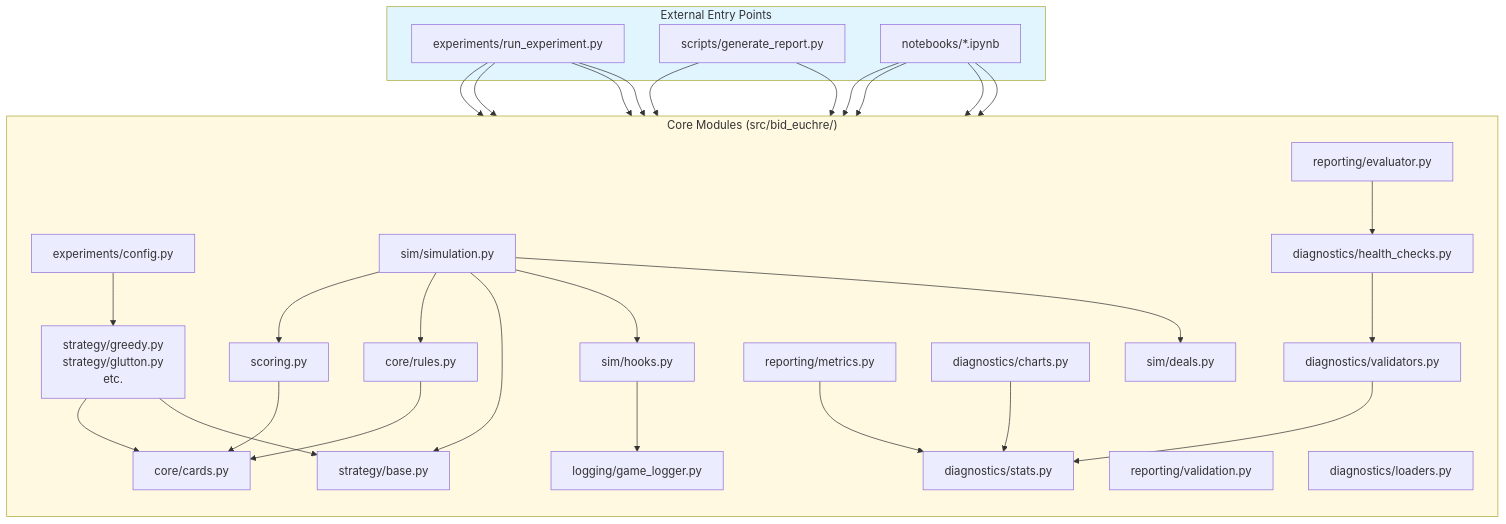
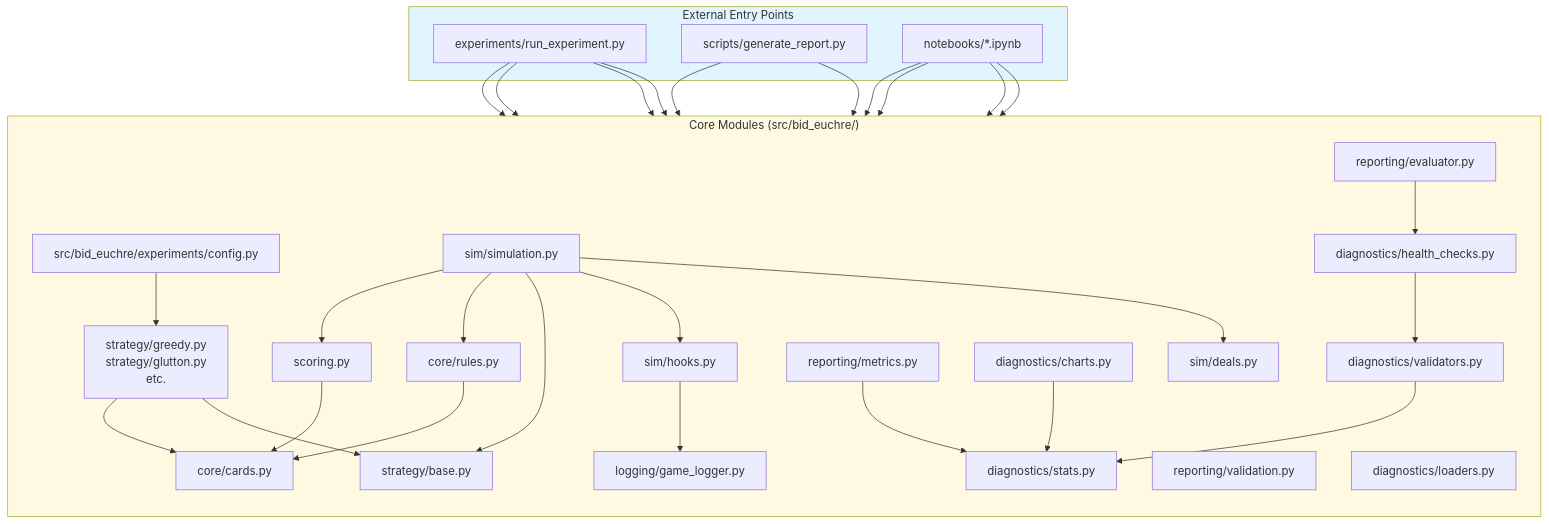
The fourth of 8 diagrams in docs/FLOW_DIAGRAM.md (Questuart/Bid-Euchre), drawn with Mermaid before and after one commit. The commit also changed 6 other files, not shown here.

````diff
--- a/docs/FLOW_DIAGRAM.md
+++ b/docs/FLOW_DIAGRAM.md
@@ -223,76 +223,76 @@
 ```mermaid
 flowchart TD
     subgraph External["External Entry Points"]
         RunExp["experiments/run_experiment.py"]
         GenReport["scripts/generate_report.py"]
         Notebooks["notebooks/*.ipynb"]
     end
 
     subgraph Core["Core Modules (src/bid_euchre/)"]
         direction TB
 
-        ExpConfig["experiments/config.py"]
+        ExpConfig["src/bid_euchre/experiments/config.py"]
 
         SimDeals["sim/deals.py"]
         SimEngine["sim/simulation.py"]
         SimHooks["sim/hooks.py"]
 
         CoreCards["core/cards.py"]
         CoreRules["core/rules.py"]
         Scoring["scoring.py"]
 
         StratBase["strategy/base.py"]
         StratImpl["strategy/greedy.py<br/>strategy/glutton.py<br/>etc."]
 
         Logger["logging/game_logger.py"]
 
         RepEvaluator["reporting/evaluator.py"]
         RepMetrics["reporting/metrics.py"]
         RepValidation["reporting/validation.py"]
 
         DiagLoaders["diagnostics/loaders.py"]
         DiagCharts["diagnostics/charts.py"]
         DiagStats["diagnostics/stats.py"]
         DiagHealth["diagnostics/health_checks.py"]
         DiagValidators["diagnostics/validators.py"]
     end
 
     RunExp --> ExpConfig
     RunExp --> SimEngine
     RunExp --> Logger
     RunExp --> RepEvaluator
 
     ExpConfig --> StratImpl
 
     SimEngine --> SimDeals
     SimEngine --> SimHooks
     SimEngine --> StratBase
     SimEngine --> CoreRules
     SimEngine --> Scoring
 
     CoreRules --> CoreCards
     Scoring --> CoreCards
 
     StratImpl --> StratBase
     StratImpl --> CoreCards
 
     SimHooks --> Logger
 
     GenReport --> RepEvaluator
     GenReport --> RepMetrics
 
     RepEvaluator --> DiagHealth
     RepMetrics --> DiagStats
 
     Notebooks --> DiagCharts
     Notebooks --> DiagStats
     Notebooks --> DiagHealth
     Notebooks --> DiagLoaders
 
     DiagCharts --> DiagStats
     DiagHealth --> DiagValidators
     DiagValidators --> DiagStats
 
     style External fill:#e1f5ff
     style Core fill:#fff9e1
 ```
````
